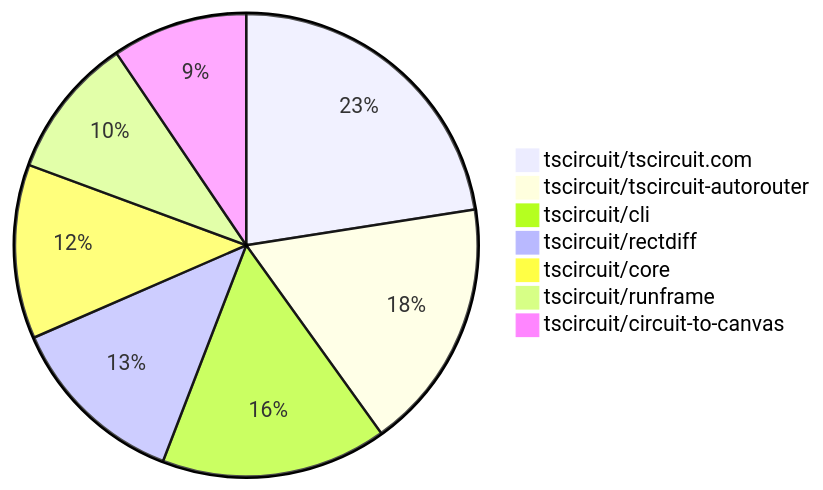
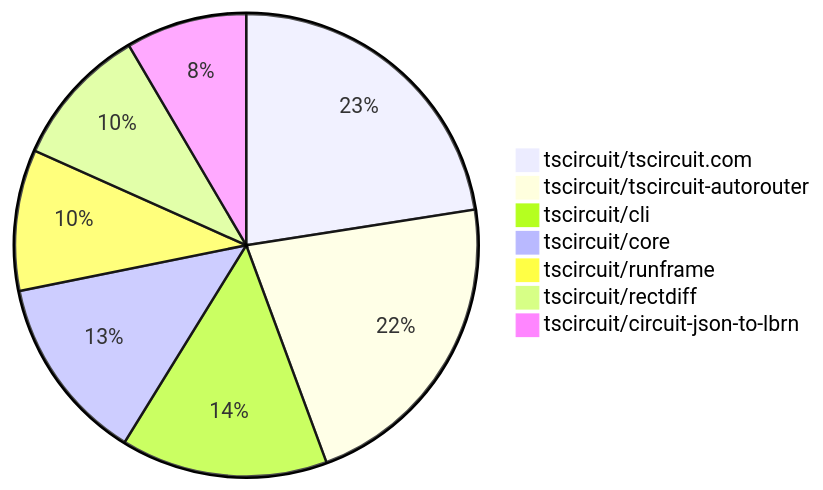
The second of 2 diagrams in README.md (tscircuit/contribution-tracker), drawn with Mermaid before and after one commit. The commit also changed other lines of this file and 3 other files, not shown here.

````diff
--- a/README.md
+++ b/README.md
@@ -127,10 +129,10 @@
 ```mermaid
 pie
-    "tscircuit/tscircuit.com" : 50
-    "tscircuit/tscircuit-autorouter" : 39
-    "tscircuit/cli" : 35
+    "tscircuit/tscircuit.com" : 64
+    "tscircuit/tscircuit-autorouter" : 62
+    "tscircuit/cli" : 41
+    "tscircuit/core" : 37
+    "tscircuit/runframe" : 28
     "tscircuit/rectdiff" : 28
-    "tscircuit/core" : 27
-    "tscircuit/runframe" : 22
-    "tscircuit/circuit-to-canvas" : 21
+    "tscircuit/circuit-json-to-lbrn" : 24
 ```
````
